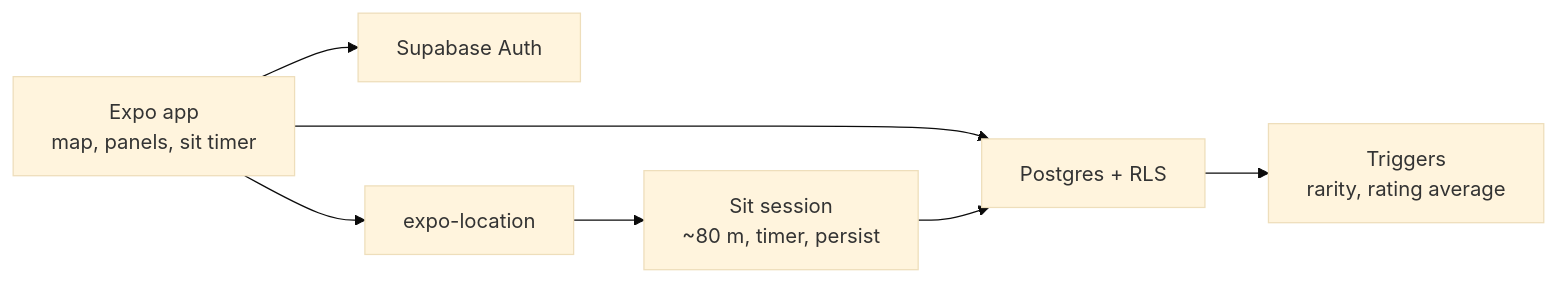
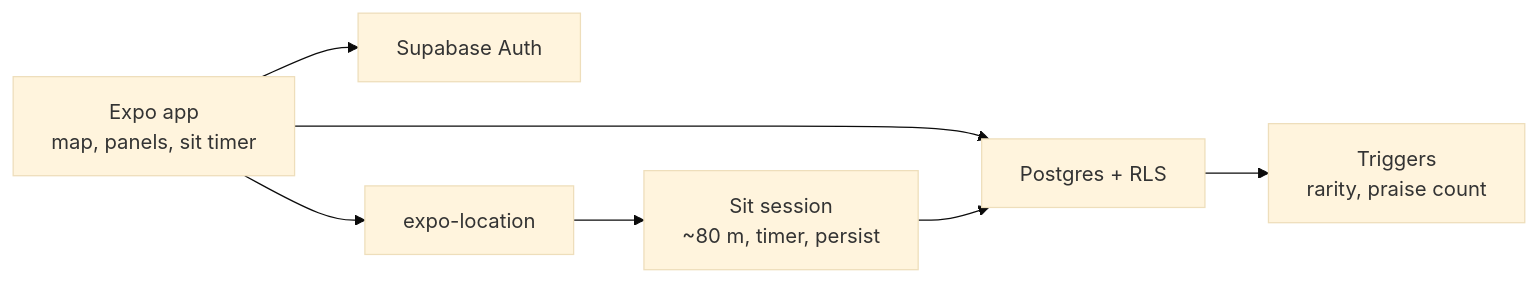
Before and after one commit to Mateusz-Sygut/Benchy: the diagram in README.md, drawn with Mermaid (base theme). The commit also changed other lines of this file and 22 other files, not shown here.

````diff
--- a/README.md
+++ b/README.md
@@ -47,9 +50,9 @@
 ```mermaid
 flowchart LR
   App["Expo app<br/>map, panels, sit timer"] --> Auth["Supabase Auth"]
   App --> DB["Postgres + RLS"]
-  DB --> Triggers["Triggers<br/>rarity, rating average"]
+  DB --> Triggers["Triggers<br/>rarity, praise count"]
   App --> GPS["expo-location"]
   GPS --> Sit["Sit session<br/>~80 m, timer, persist"]
   Sit --> DB
 ```
````
